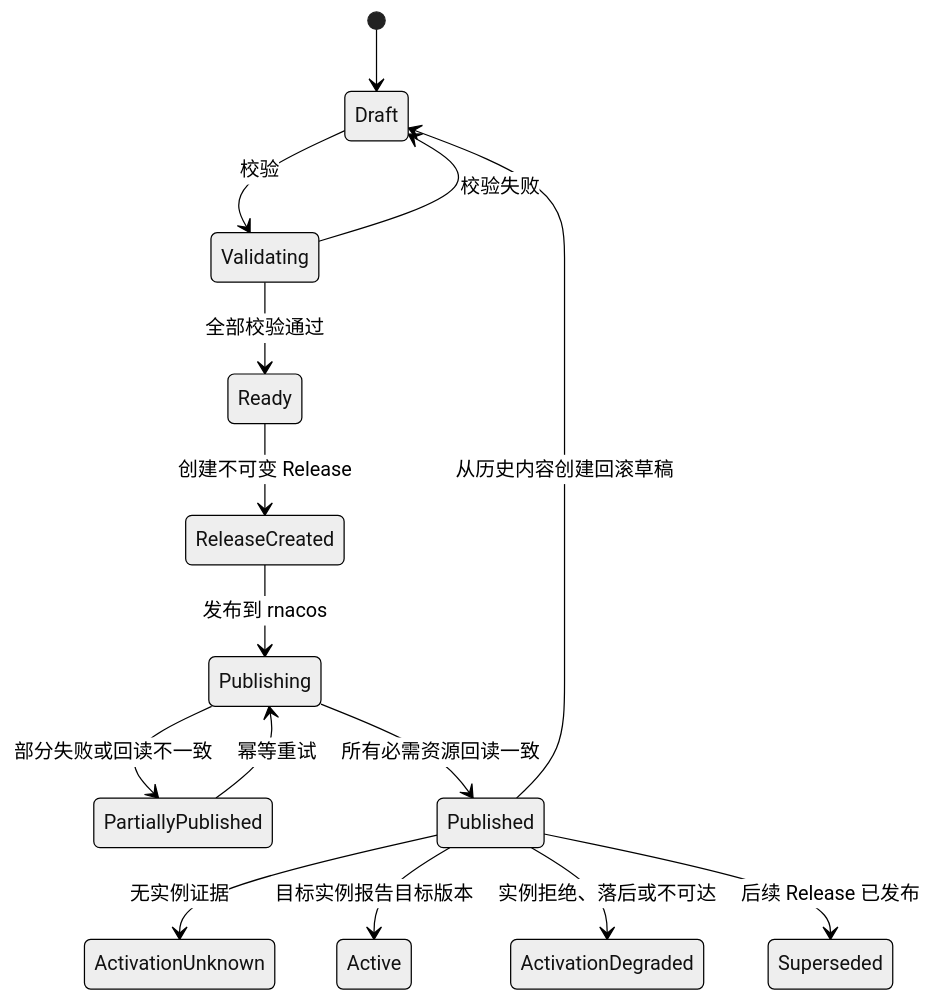
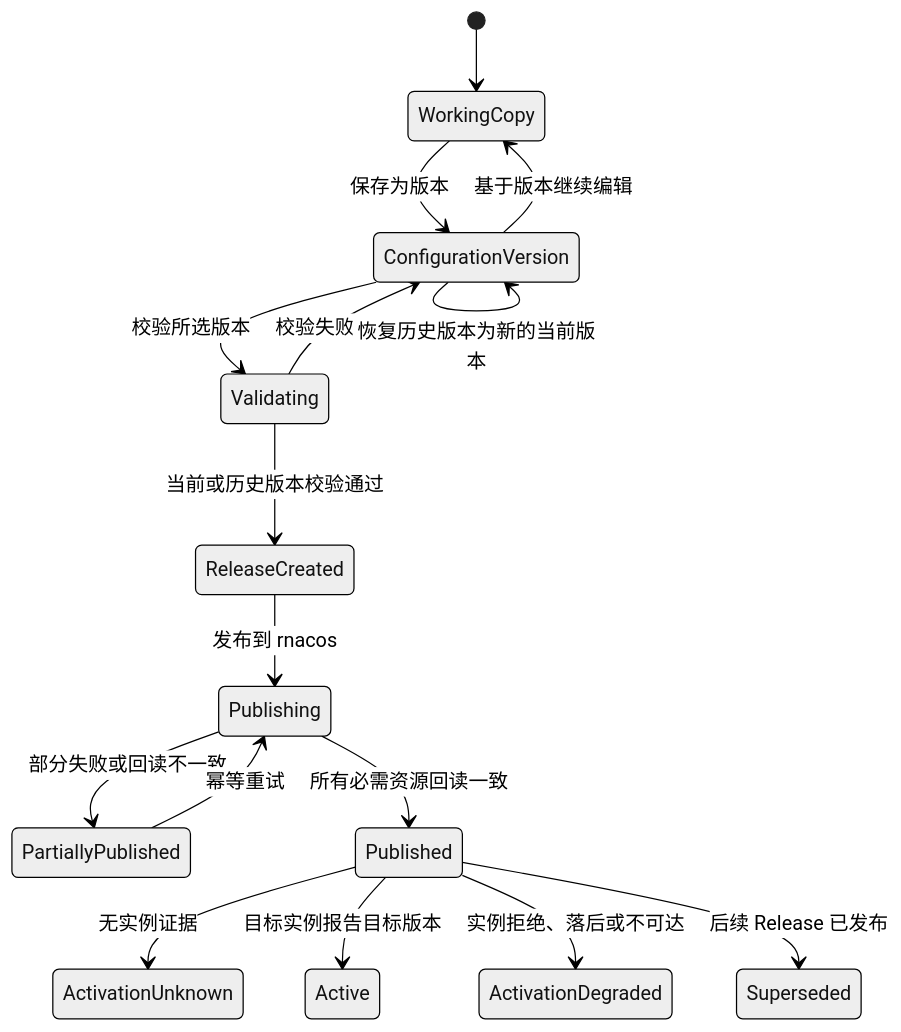
One commit to fiber-net-gateway/access-gateway changed the diagram in docs/console-requirements.md. Above: the diagram before and after it, drawn with Mermaid (neutral theme). The commit also changed other lines of this file and 41 other files, not shown here.

````diff
--- a/docs/console-requirements.md
+++ b/docs/console-requirements.md
@@ -122,17 +135,18 @@
 ```mermaid
 stateDiagram-v2
-    [*] --> Draft
-    Draft --> Validating: 校验
-    Validating --> Draft: 校验失败
-    Validating --> Ready: 全部校验通过
-    Ready --> ReleaseCreated: 创建不可变 Release
+    [*] --> WorkingCopy
+    WorkingCopy --> ConfigurationVersion: 保存为版本
+    ConfigurationVersion --> Validating: 校验所选版本
+    Validating --> ConfigurationVersion: 校验失败
+    Validating --> ReleaseCreated: 当前或历史版本校验通过
     ReleaseCreated --> Publishing: 发布到 rnacos
     Publishing --> PartiallyPublished: 部分失败或回读不一致
     PartiallyPublished --> Publishing: 幂等重试
     Publishing --> Published: 所有必需资源回读一致
     Published --> ActivationUnknown: 无实例证据
     Published --> Active: 目标实例报告目标版本
     Published --> ActivationDegraded: 实例拒绝、落后或不可达
     Published --> Superseded: 后续 Release 已发布
-    Published --> Draft: 从历史内容创建回滚草稿
+    ConfigurationVersion --> WorkingCopy: 基于版本继续编辑
+    ConfigurationVersion --> ConfigurationVersion: 恢复历史版本为新的当前版本
 ```
````
